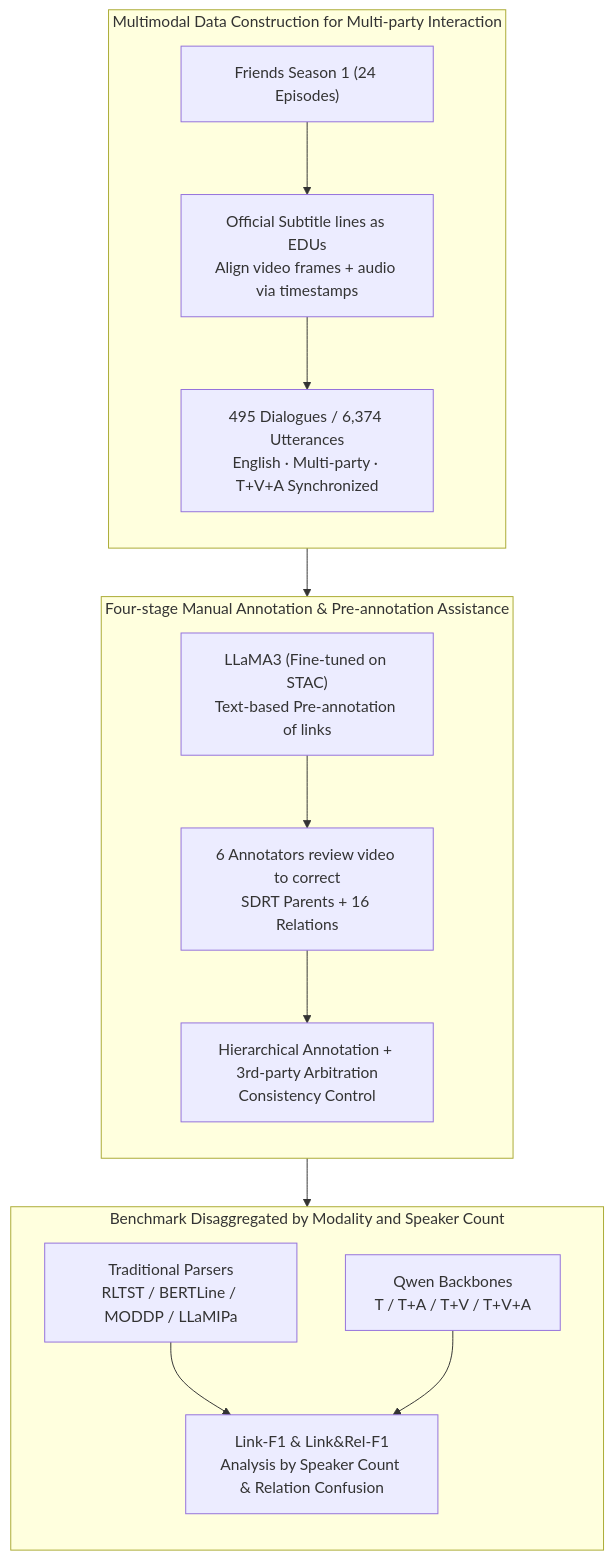
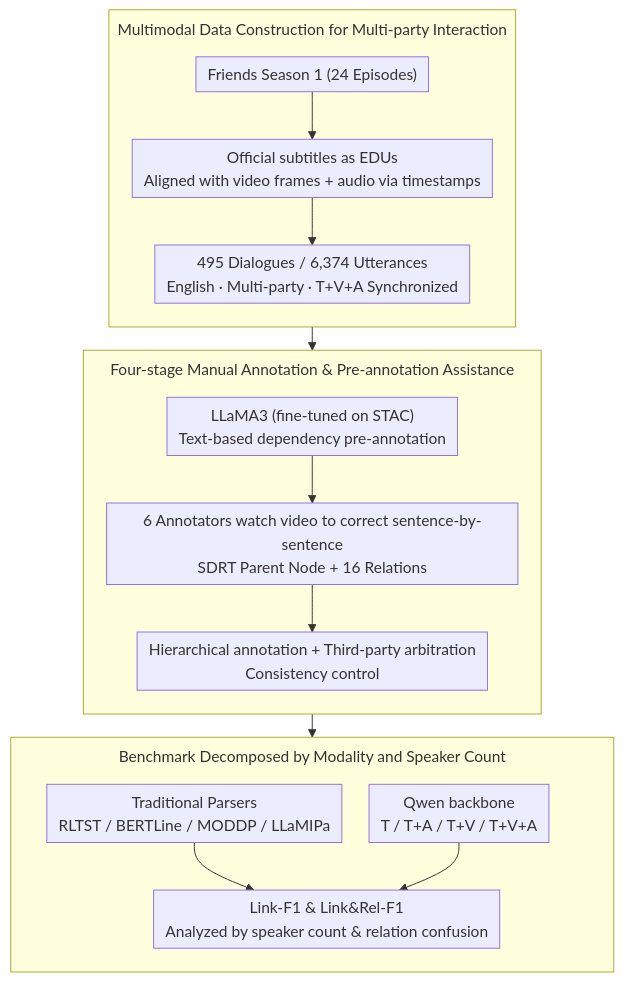
The diagram in docs/ACL2026/multimodal_vlm/draddp_a_multimodal_multi-party_dialogue_discourse_parsing_dataset.md (zhaoyang97/Paper-Notes-en), drawn with Mermaid before and after one commit. The commit also changed other lines of this file and 5084 other files, not shown here.

````diff
--- a/docs/ACL2026/multimodal_vlm/draddp_a_multimodal_multi-party_dialogue_discourse_parsing_dataset.md
+++ b/docs/ACL2026/multimodal_vlm/draddp_a_multimodal_multi-party_dialogue_discourse_parsing_dataset.md
@@ -43,21 +43,22 @@
 ```mermaid
-graph TD
+%%{init: {'flowchart': {'rankSpacing': 24, 'nodeSpacing': 28, 'padding': 6, 'wrappingWidth': 400, 'subGraphTitleMargin': {'top': 8, 'bottom': 16}}}}%%
+flowchart TD
     subgraph DATA["Multimodal Data Construction for Multi-party Interaction"]
         direction TB
-        A["Friends Season 1 (24 Episodes)"] --> B["Official Subtitle lines as EDUs<br/>Align video frames + audio via timestamps"]
+        A["Friends Season 1 (24 Episodes)"] --> B["Official subtitles as EDUs<br/>Aligned with video frames + audio via timestamps"]
         B --> C["495 Dialogues / 6,374 Utterances<br/>English · Multi-party · T+V+A Synchronized"]
     end
     subgraph ANNO["Four-stage Manual Annotation & Pre-annotation Assistance"]
         direction TB
-        D["LLaMA3 (Fine-tuned on STAC)<br/>Text-based Pre-annotation of links"] --> E["6 Annotators review video to correct<br/>SDRT Parents + 16 Relations"]
-        E --> F["Hierarchical Annotation + 3rd-party Arbitration<br/>Consistency Control"]
+        D["LLaMA3 (fine-tuned on STAC)<br/>Text-based dependency pre-annotation"] --> E["6 Annotators watch video to correct sentence-by-sentence<br/>SDRT Parent Node + 16 Relations"]
+        E --> F["Hierarchical annotation + Third-party arbitration<br/>Consistency control"]
     end
-    subgraph BENCH["Benchmark Disaggregated by Modality and Speaker Count"]
+    subgraph BENCH["Benchmark Decomposed by Modality and Speaker Count"]
         direction TB
         G["Traditional Parsers<br/>RLTST / BERTLine / MODDP / LLaMIPa"]
-        H["Qwen Backbones<br/>T / T+A / T+V / T+V+A"]
-        G --> I["Link-F1 & Link&Rel-F1<br/>Analysis by Speaker Count & Relation Confusion"]
+        H["Qwen backbone<br/>T / T+A / T+V / T+V+A"]
+        G --> I["Link-F1 & Link&Rel-F1<br/>Analyzed by speaker count & relation confusion"]
         H --> I
     end
     DATA --> ANNO --> BENCH
 ```
````
